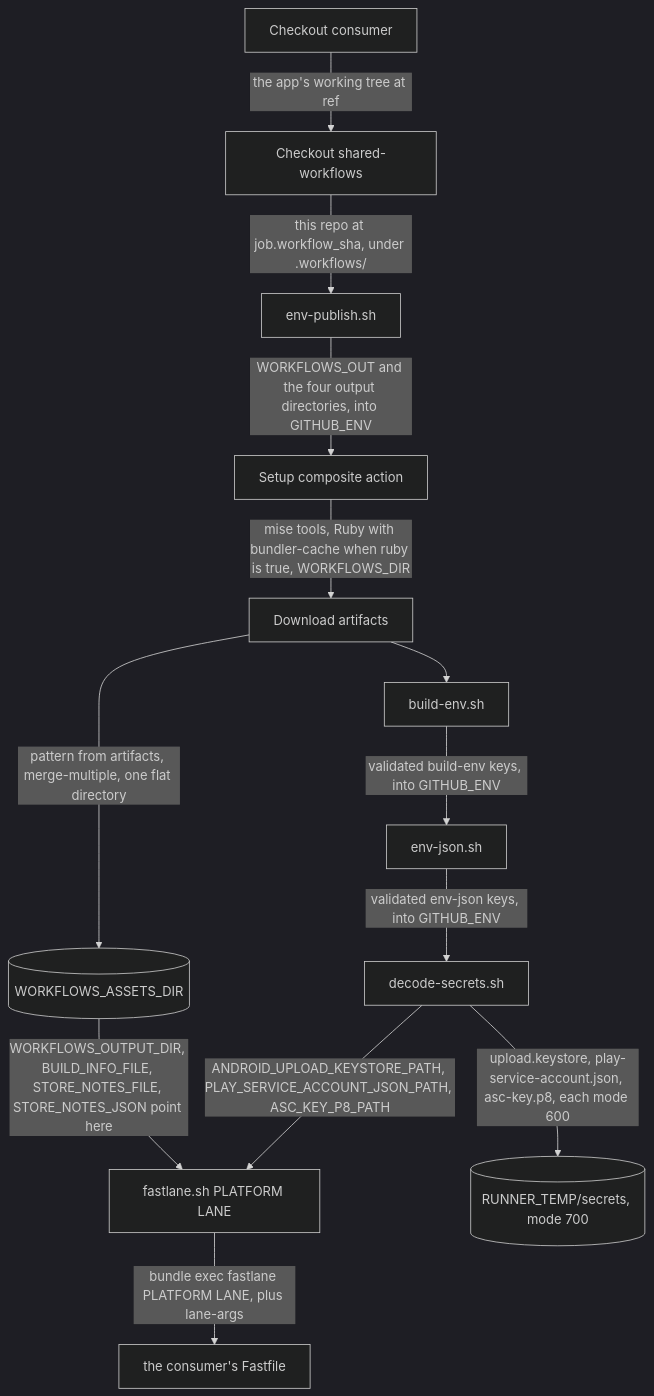
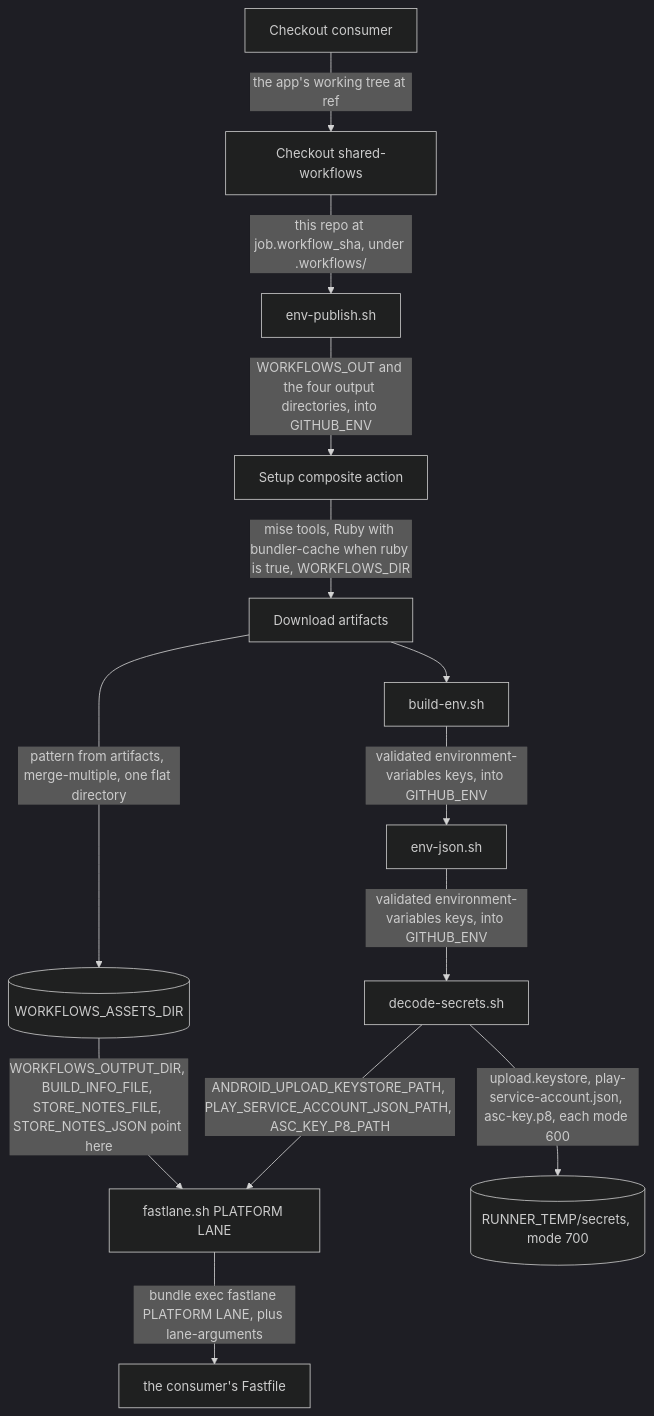
Before and after one commit to blinkbitcoin/shared-workflows: the fifth of 5 diagrams in docs/consumer-guide.md, drawn with Mermaid (dark theme). The commit also changed other lines of this file and 156 other files, not shown here.

````diff
--- a/docs/consumer-guide.md
+++ b/docs/consumer-guide.md
@@ -1513,27 +1508,27 @@
 ```mermaid
 flowchart TD
   consumer["Checkout consumer"]
   shared["Checkout shared-workflows"]
   envpub["env-publish.sh"]
   setup["Setup composite action"]
   download["Download artifacts"]
   buildenv["build-env.sh"]
   envjson["env-json.sh"]
   decode["decode-secrets.sh"]
   fastlane["fastlane.sh PLATFORM LANE"]
   fastfile["the consumer's Fastfile"]
   assets[("WORKFLOWS_ASSETS_DIR")]
   secretsdir[("RUNNER_TEMP/secrets, mode 700")]
   consumer -->|"the app's working tree at ref"| shared
   shared -->|"this repo at job.workflow_sha, under .workflows/"| envpub
   envpub -->|"WORKFLOWS_OUT and the four output directories, into GITHUB_ENV"| setup
   setup -->|"mise tools, Ruby with bundler-cache when ruby is true, WORKFLOWS_DIR"| download
   download -->|"pattern from artifacts, merge-multiple, one flat directory"| assets
   download --> buildenv
-  buildenv -->|"validated build-env keys, into GITHUB_ENV"| envjson
-  envjson -->|"validated env-json keys, into GITHUB_ENV"| decode
+  buildenv -->|"validated environment-variables keys, into GITHUB_ENV"| envjson
+  envjson -->|"validated environment-variables keys, into GITHUB_ENV"| decode
   decode -->|"upload.keystore, play-service-account.json, asc-key.p8, each mode 600"| secretsdir
   decode -->|"ANDROID_UPLOAD_KEYSTORE_PATH, PLAY_SERVICE_ACCOUNT_JSON_PATH, ASC_KEY_P8_PATH"| fastlane
   assets -->|"WORKFLOWS_OUTPUT_DIR, BUILD_INFO_FILE, STORE_NOTES_FILE, STORE_NOTES_JSON point here"| fastlane
-  fastlane -->|"bundle exec fastlane PLATFORM LANE, plus lane-args"| fastfile
+  fastlane -->|"bundle exec fastlane PLATFORM LANE, plus lane-arguments"| fastfile
 ```
````
